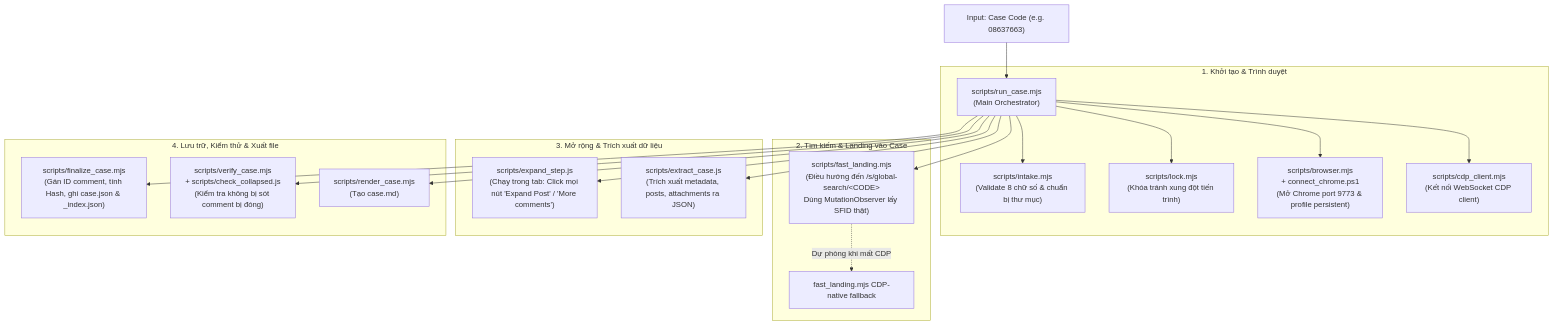
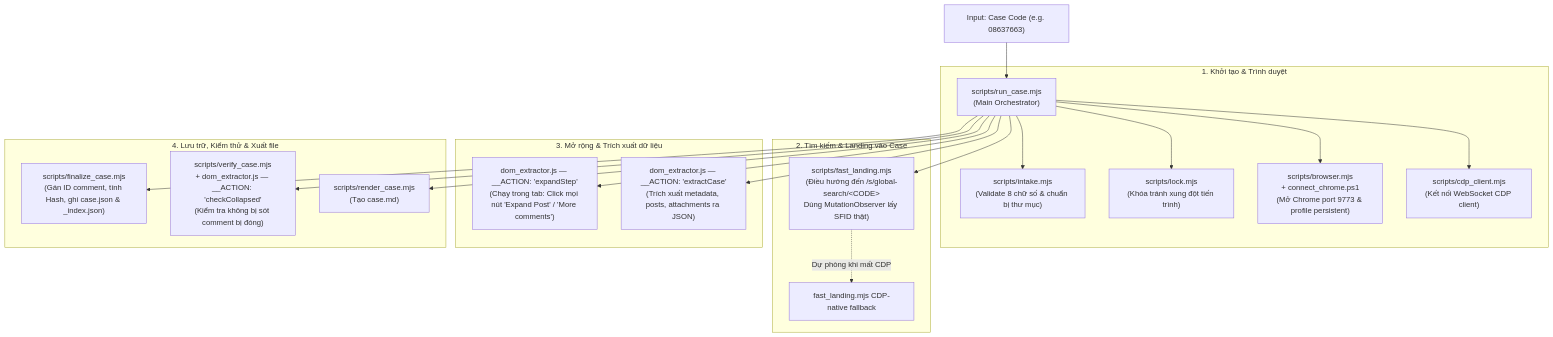
The third of 4 diagrams in docs/DESIGN.md (congtubkbn/qualcomm-case-agent), drawn with Mermaid before and after one commit. The commit also changed other lines of this file and 4 other files, not shown here.

First line of the commit message:
docs(qcomm): purge stale extractor script refs, re-anchor to dom_extractor.js

````diff
--- a/docs/DESIGN.md
+++ b/docs/DESIGN.md
@@ -112,27 +112,27 @@
 ```mermaid
 flowchart TD
   User["Input: Case Code (e.g. 08637663)"] --> RunCase["scripts/run_case.mjs<br/>(Main Orchestrator)"]
   
   subgraph KhởiTạo["1. Khởi tạo & Trình duyệt"]
     RunCase --> Intake["scripts/intake.mjs<br/>(Validate 8 chữ số & chuẩn bị thư mục)"]
     RunCase --> Lock["scripts/lock.mjs<br/>(Khóa tránh xung đột tiến trình)"]
     RunCase --> Browser["scripts/browser.mjs<br/>+ connect_chrome.ps1<br/>(Mở Chrome port 9773 & profile persistent)"]
     RunCase --> CDP["scripts/cdp_client.mjs<br/>(Kết nối WebSocket CDP client)"]
   end
 
   subgraph ĐiềuHướng["2. Tìm kiếm & Landing vào Case"]
     RunCase --> FastLanding["scripts/fast_landing.mjs<br/>(Điều hướng đến /s/global-search/&lt;CODE&gt;<br/>Dùng MutationObserver lấy SFID thật)"]
     FastLanding -.->|Dự phòng khi mất CDP| Fallback["fast_landing.mjs CDP-native fallback"]
   end
 
   subgraph ThuThập["3. Mở rộng & Trích xuất dữ liệu"]
-    RunCase --> Expand["scripts/expand_step.js<br/>(Chạy trong tab: Click mọi nút 'Expand Post' / 'More comments')"]
-    RunCase --> Extract["scripts/extract_case.js<br/>(Trích xuất metadata, posts, attachments ra JSON)"]
+    RunCase --> Expand["dom_extractor.js — __ACTION: 'expandStep'<br/>(Chạy trong tab: Click mọi nút 'Expand Post' / 'More comments')"]
+    RunCase --> Extract["dom_extractor.js — __ACTION: 'extractCase'<br/>(Trích xuất metadata, posts, attachments ra JSON)"]
   end
 
   subgraph XửLýLưuTrữ["4. Lưu trữ, Kiểm thử & Xuất file"]
     RunCase --> Finalize["scripts/finalize_case.mjs<br/>(Gán ID comment, tính Hash, ghi case.json & _index.json)"]
-    RunCase --> Verify["scripts/verify_case.mjs<br/>+ scripts/check_collapsed.js<br/>(Kiểm tra không bị sót comment bị đóng)"]
+    RunCase --> Verify["scripts/verify_case.mjs<br/>+ dom_extractor.js — __ACTION: 'checkCollapsed'<br/>(Kiểm tra không bị sót comment bị đóng)"]
     RunCase --> Render["scripts/render_case.mjs<br/>(Tạo case.md)"]
   end
 ```
````
